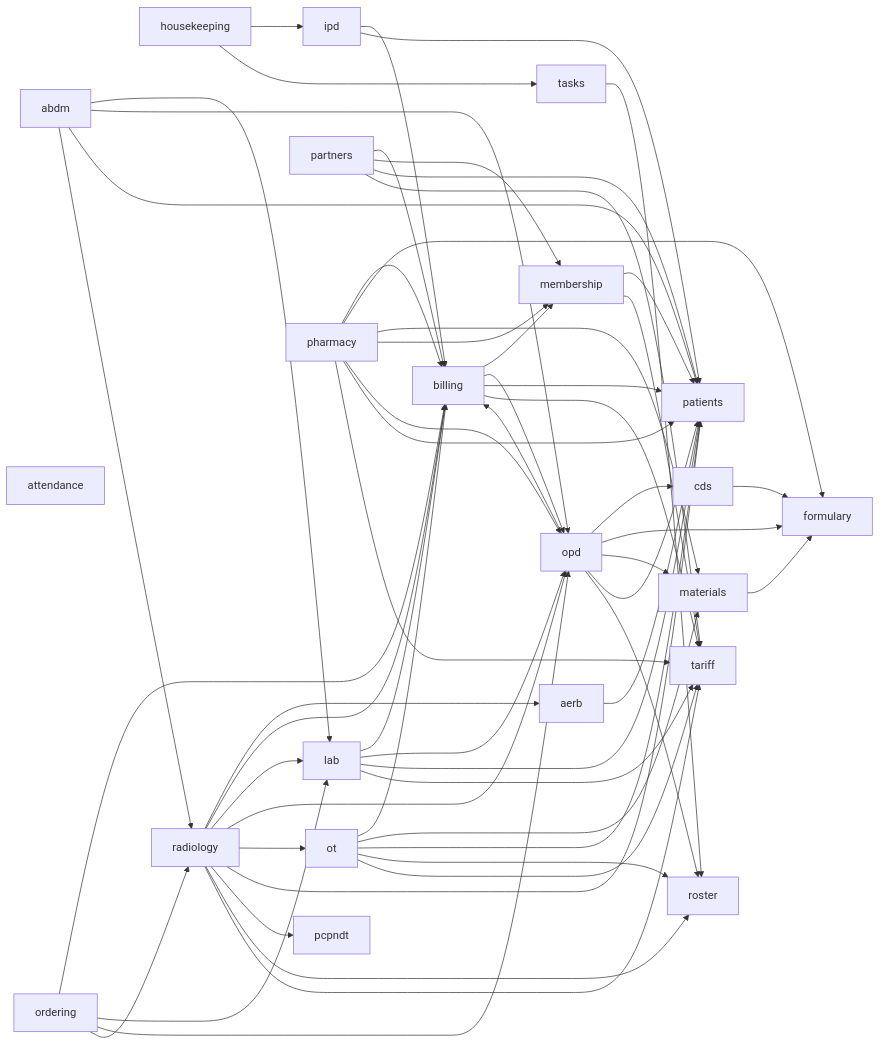
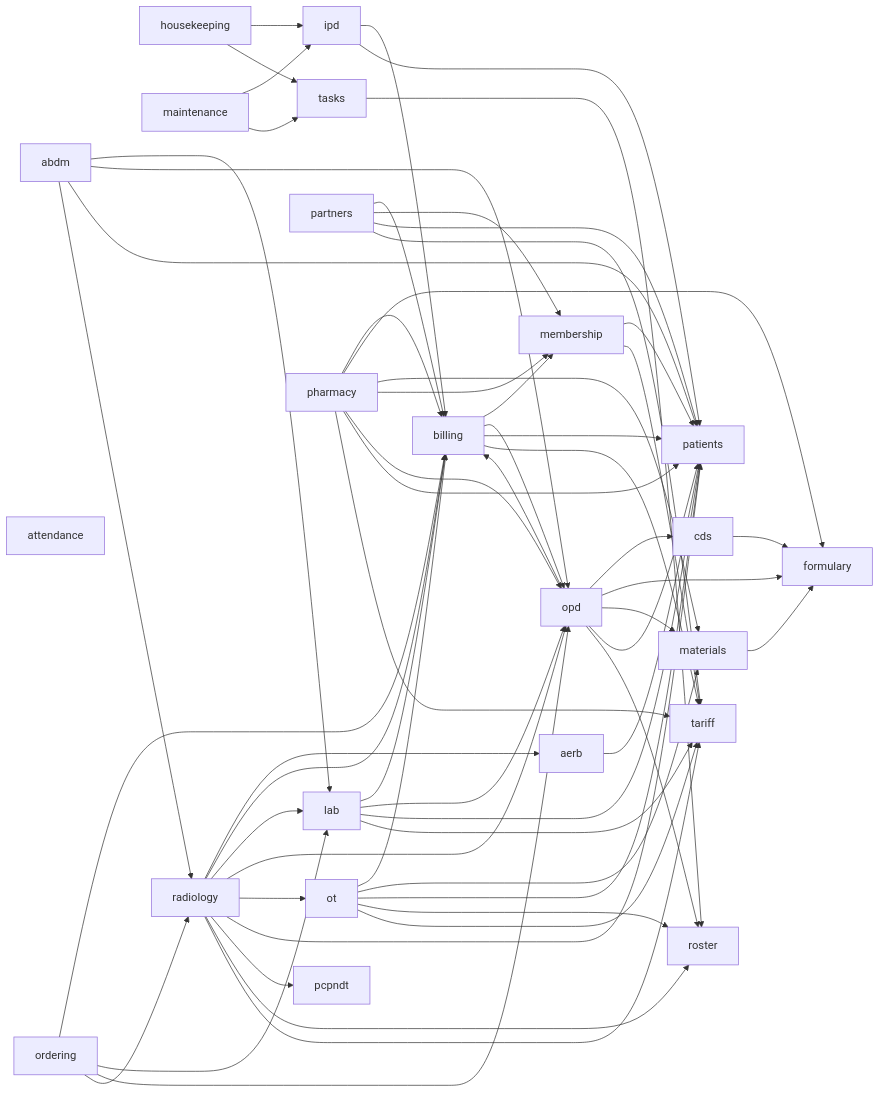
Before and after one commit to ankits3a/hims-hmis: the second of 2 diagrams in docs/architecture/README.md, drawn with Mermaid. The commit also changed other lines of this file and 55 other files, not shown here.

```diff
--- a/docs/architecture/README.md
+++ b/docs/architecture/README.md
@@ -39,6 +39,7 @@
   housekeeping[housekeeping]
   ipd[ipd]
   lab[lab]
+  maintenance[maintenance]
   materials[materials]
   membership[membership]
   opd[opd]
@@ -70,6 +71,8 @@
   lab --> opd
   lab --> patients
   lab --> tariff
+  maintenance --> ipd
+  maintenance --> tasks
   materials --> formulary
   membership --> patients
   membership --> tariff
```
